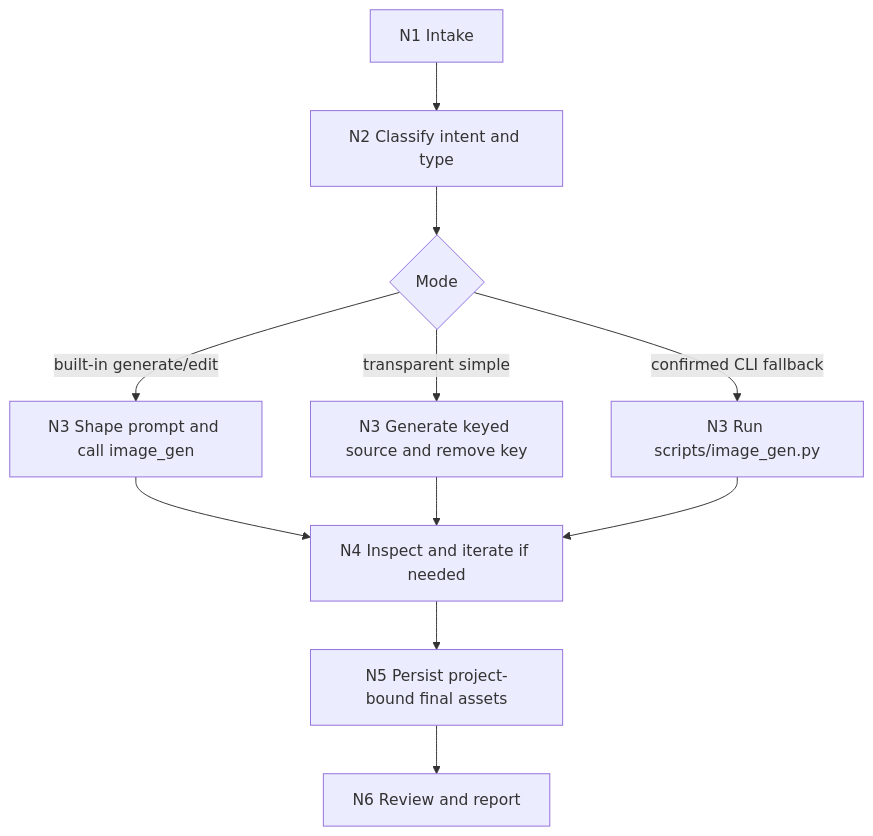
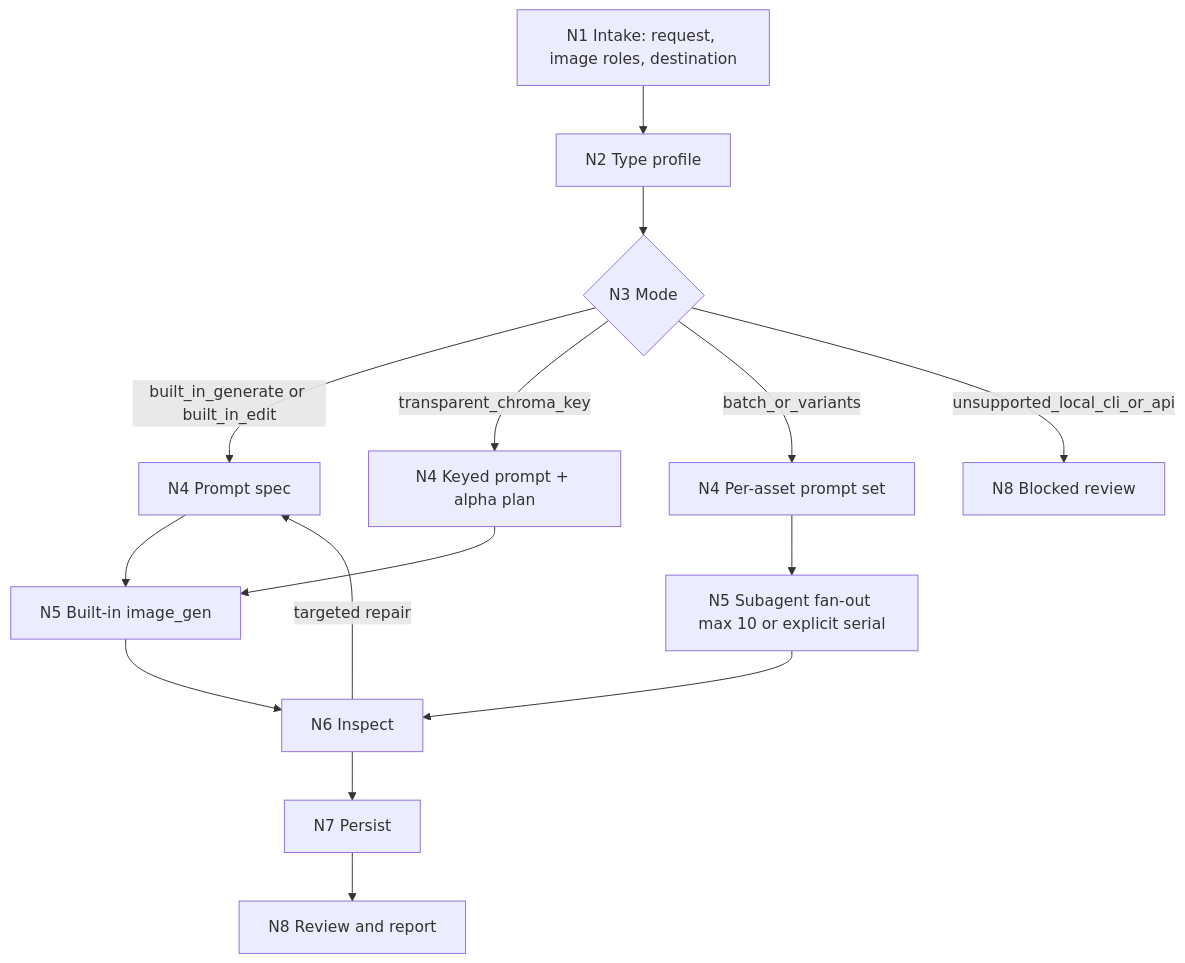
One commit to ZEN-VOID/AI-CUT changed the diagram in .agents/skills/cli/imagegen/SKILL.md. Above: the diagram before and after it, drawn with Mermaid. The commit also changed other lines of this file and 1012 other files, not shown here.

````diff
--- a/.agents/skills/cli/imagegen/SKILL.md
+++ b/.agents/skills/cli/imagegen/SKILL.md
@@ -79,13 +108,17 @@
 ```mermaid
 flowchart TD
-    A["N1 Intake"] --> B["N2 Classify intent and type"]
-    B --> C{"Mode"}
-    C -->|"built-in generate/edit"| D["N3 Shape prompt and call image_gen"]
-    C -->|"transparent simple"| E["N3 Generate keyed source and remove key"]
-    C -->|"confirmed CLI fallback"| F["N3 Run scripts/image_gen.py"]
-    D --> G["N4 Inspect and iterate if needed"]
+    A["N1 Intake: request, image roles, destination"] --> B["N2 Type profile"]
+    B --> C{"N3 Mode"}
+    C -->|"built_in_generate or built_in_edit"| D["N4 Prompt spec"]
+    C -->|"transparent_chroma_key"| E["N4 Keyed prompt + alpha plan"]
+    C -->|"batch_or_variants"| F["N4 Per-asset prompt set"]
+    C -->|"unsupported_local_cli_or_api"| Z["N8 Blocked review"]
+    D --> G["N5 Built-in image_gen"]
     E --> G
-    F --> G
-    G --> H["N5 Persist project-bound final assets"]
-    H --> I["N6 Review and report"]
+    F --> H["N5 Subagent fan-out max 10 or explicit serial"]
+    G --> I["N6 Inspect"]
+    H --> I
+    I -->|"targeted repair"| D
+    I --> J["N7 Persist"]
+    J --> K["N8 Review and report"]
 ```
````
